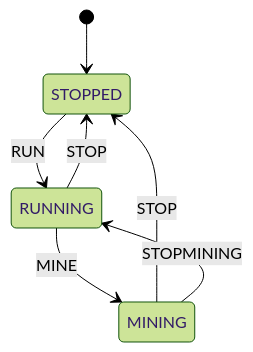
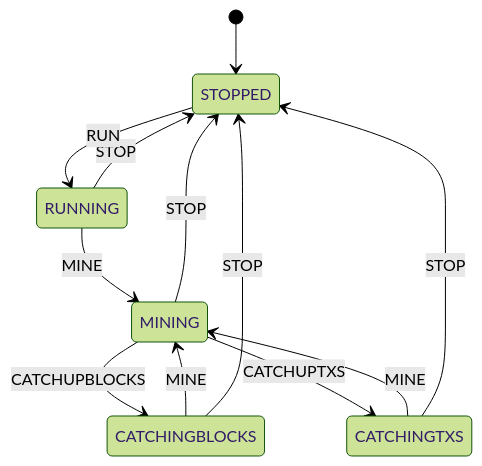
One commit to freemans13/teranode changed the diagram in docs/state-machine.diagram.md. Above: the diagram before and after it, drawn with Mermaid (forest theme). The commit also changed 5 other files, not shown here.

````diff
--- a/docs/state-machine.diagram.md
+++ b/docs/state-machine.diagram.md
@@ -5,9 +5,14 @@
 ```mermaid
 stateDiagram-v2
     [*] --> STOPPED
+    CATCHINGBLOCKS --> MINING: MINE
+    CATCHINGBLOCKS --> STOPPED: STOP
+    CATCHINGTXS --> MINING: MINE
+    CATCHINGTXS --> STOPPED: STOP
+    MINING --> CATCHINGBLOCKS: CATCHUPBLOCKS
+    MINING --> CATCHINGTXS: CATCHUPTXS
     MINING --> STOPPED: STOP
-    MINING --> RUNNING: STOPMINING
     RUNNING --> MINING: MINE
     RUNNING --> STOPPED: STOP
     STOPPED --> RUNNING: RUN
 ```
````
